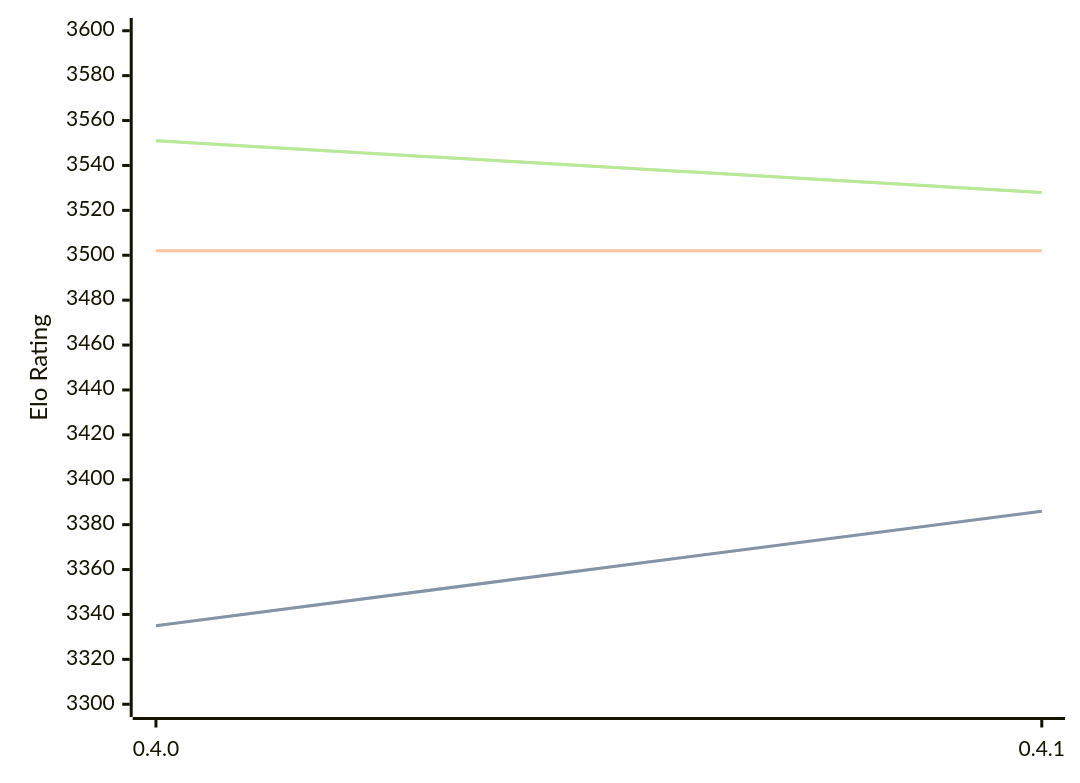
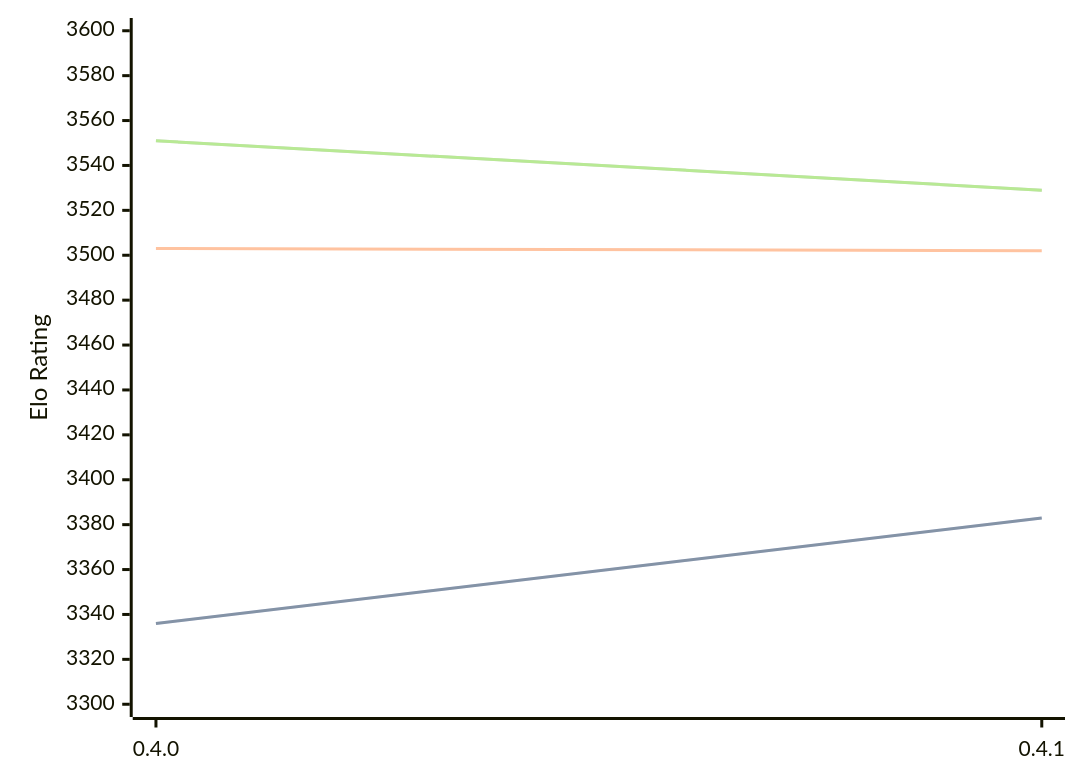
One commit to computer-chess-index/cci changed the diagram in engines/Cinder.md. Above: the diagram before and after it, drawn with Mermaid. The commit also changed other lines of this file, not shown here.

Commit message:
Update CCI Ratings (ELO VLTC) - 2026-03-21

````diff
--- a/engines/Cinder.md
+++ b/engines/Cinder.md
@@ -40,11 +40,11 @@
 ```mermaid
 %%{init: {"theme":"base","themeVariables":{"seriesColors:['#a3a3a3','#222221','#faa371']}}}%%
 xychart-beta
   x-axis ["0.4.0", "0.4.1"]
   y-axis "Elo Rating" 3300 --> 3600
-  line "STC (8.0+0.08s)" [3335, 3386]
-  line "STC (8.0+0.08s)" [3335, 3386]
-  line "LTC (60.0+0.60s)" [3502, 3502]
-  line "VLTC (2m24s+1.12s)" [3551, 3528]
-  line "VLTC (2m24s+1.12s)" [3551, 3528]
+  line "STC (8.0+0.08s)" [3336, 3383]
+  line "STC (8.0+0.08s)" [3336, 3383]
+  line "LTC (60.0+0.60s)" [3503, 3502]
+  line "VLTC (2m24s+1.12s)" [3551, 3529]
+  line "VLTC (2m24s+1.12s)" [3551, 3529]
 ```
````
